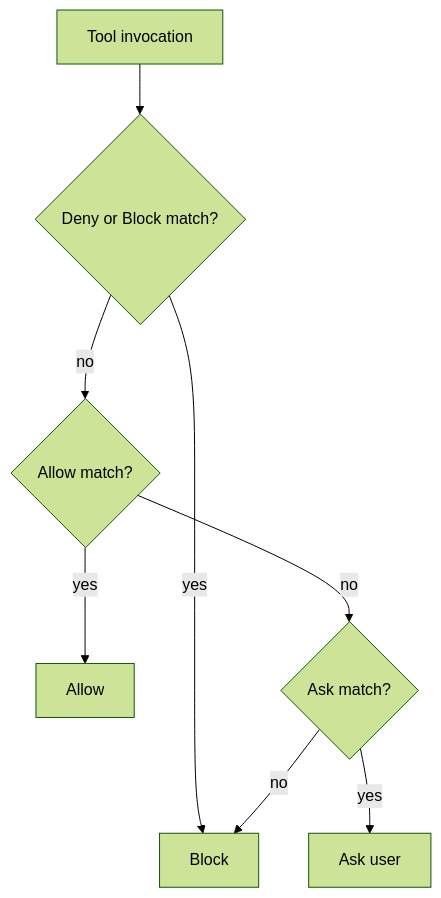
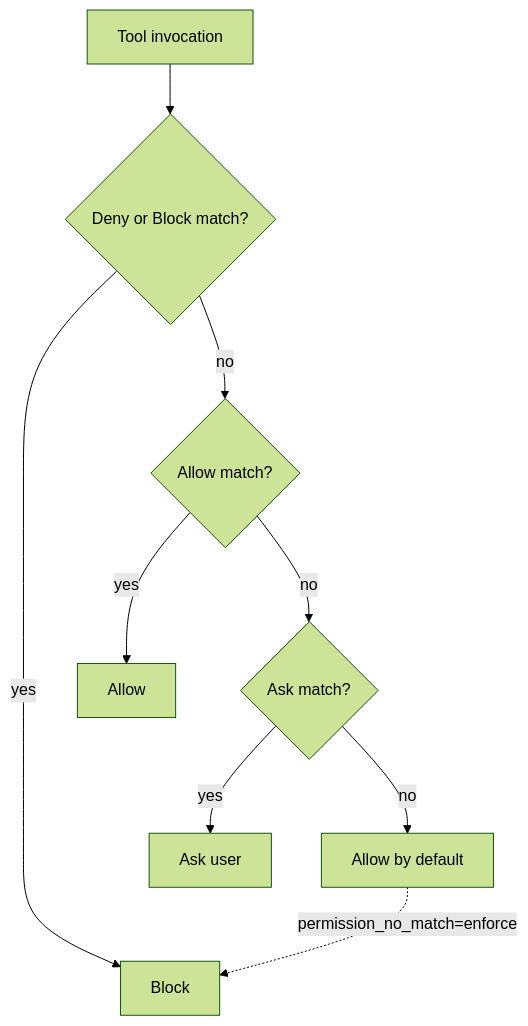
Before and after one commit to Vulnetix/belai: the fifth of 7 diagrams in docs/role-manager.md, drawn with Mermaid (forest theme). The commit also changed other lines of this file and 12 other files, not shown here.

````diff
--- a/docs/role-manager.md
+++ b/docs/role-manager.md
@@ -337,10 +337,11 @@
 ```mermaid
 flowchart TD
     Inv[Tool invocation] --> Deny{Deny or Block match?}
     Deny -->|yes| Block[Block]
     Deny -->|no| Allow{Allow match?}
     Allow -->|yes| Permit[Allow]
     Allow -->|no| Ask{Ask match?}
     Ask -->|yes| Prompt[Ask user]
-    Ask -->|no| Block
+    Ask -->|no| Def[Allow by default]
+    Def -.->|permission_no_match=enforce| Block
 ```
````
